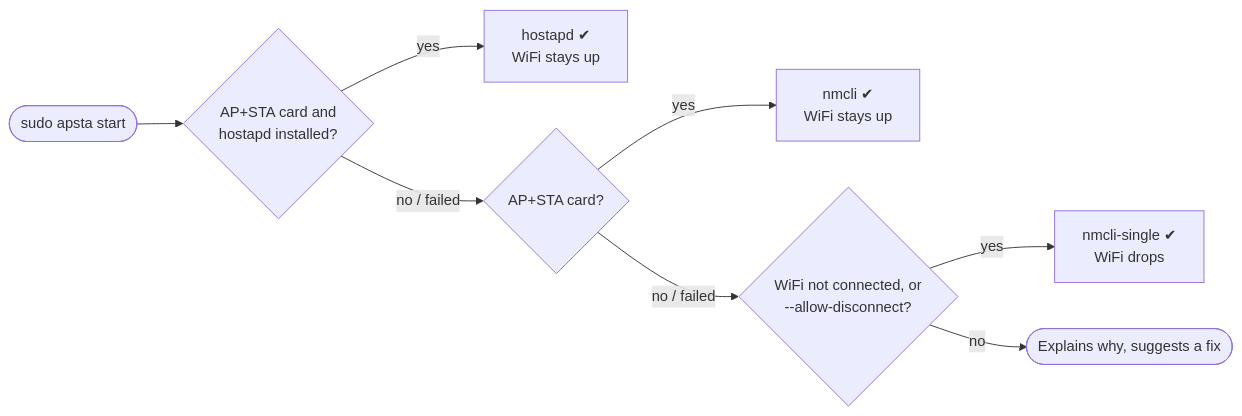
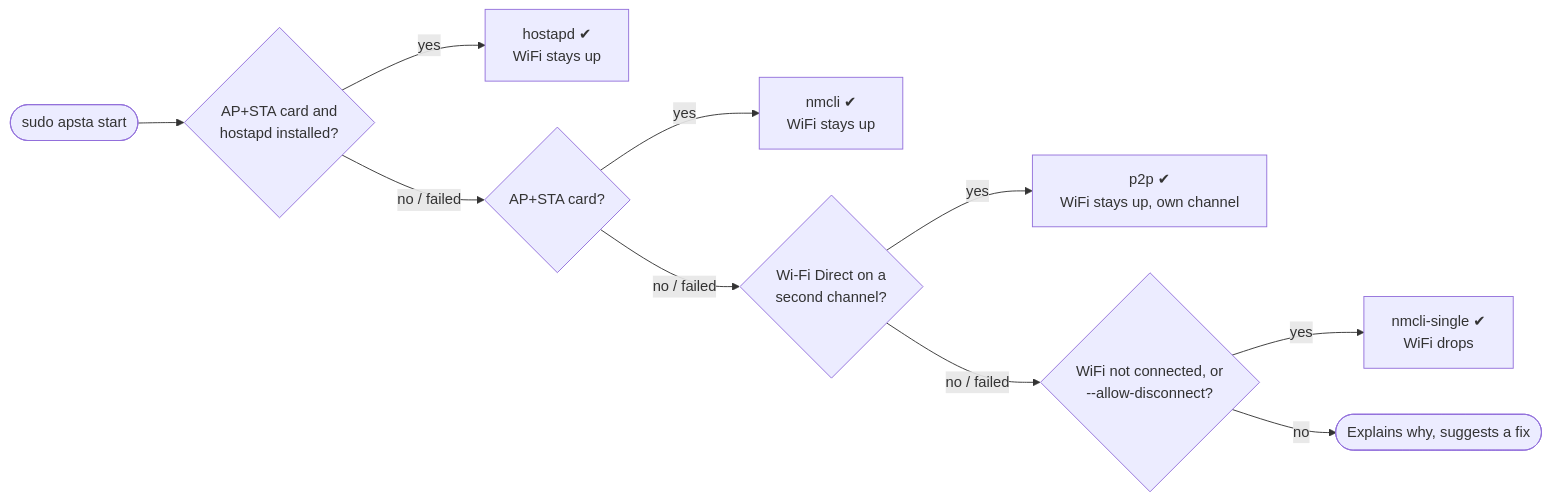
Before and after one commit to krotrn/apsta: the diagram in README.md, drawn with Mermaid. The commit also changed other lines of this file and 24 other files, not shown here.

First line of the commit message:
feat: Wi-Fi Direct fallback when the WiFi's channel can't host

````diff
--- a/README.md
+++ b/README.md
@@ -226,10 +230,12 @@
 ```mermaid
 flowchart LR
     S(["sudo apsta start"]) --> H{"AP+STA card and<br/>hostapd installed?"}
     H -- "yes" --> HA["hostapd ✔<br/>WiFi stays up"]
     H -- "no / failed" --> N{"AP+STA card?"}
     N -- "yes" --> NM["nmcli ✔<br/>WiFi stays up"]
-    N -- "no / failed" --> D{"WiFi not connected, or<br/>--allow-disconnect?"}
+    N -- "no / failed" --> P{"Wi-Fi Direct on a<br/>second channel?"}
+    P -- "yes" --> PG["p2p ✔<br/>WiFi stays up, own channel"]
+    P -- "no / failed" --> D{"WiFi not connected, or<br/>--allow-disconnect?"}
     D -- "yes" --> NS["nmcli-single ✔<br/>WiFi drops"]
     D -- "no" --> E(["Explains why, suggests a fix"])
 ```
````
